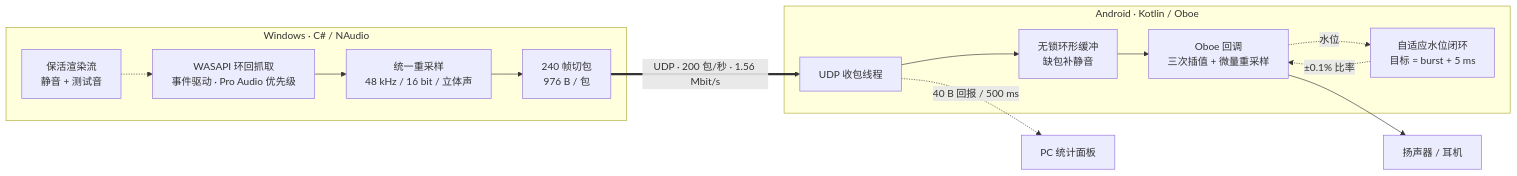
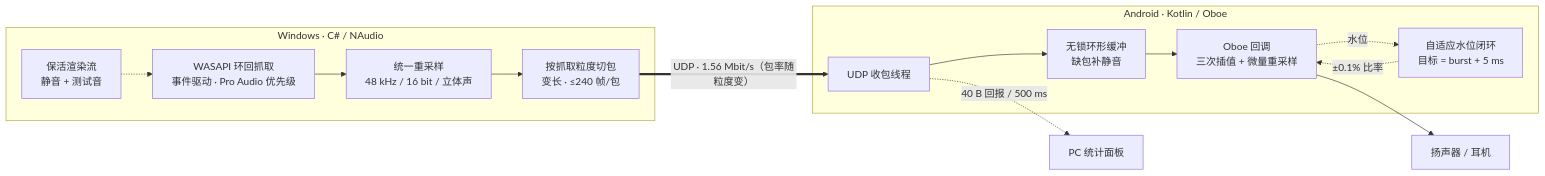
One commit to Creat319/EchoLink changed the diagram in README.md. Above: the diagram before and after it, drawn with Mermaid. The commit also changed other lines of this file and 14 other files, not shown here.

````diff
--- a/README.md
+++ b/README.md
@@ -64,20 +64,20 @@
 ```mermaid
 flowchart LR
     subgraph PC["Windows · C# / NAudio"]
         A["WASAPI 环回抓取<br/>事件驱动 · Pro Audio 优先级"] --> B["统一重采样<br/>48 kHz / 16 bit / 立体声"]
-        B --> C["240 帧切包<br/>976 B / 包"]
+        B --> C["按抓取粒度切包<br/>变长 · ≤240 帧/包"]
         K["保活渲染流<br/>静音 + 测试音"] -.-> A
     end
 
     subgraph PHONE["Android · Kotlin / Oboe"]
         D["UDP 收包线程"] --> E["无锁环形缓冲<br/>缺包补静音"]
         E --> F["Oboe 回调<br/>三次插值 + 微量重采样"]
         H["自适应水位闭环<br/>目标 = burst + 5 ms"]
         H -.->|"±0.1% 比率"| F
     end
 
-    C ==>|"UDP · 200 包/秒 · 1.56 Mbit/s"| D
+    C ==>|"UDP · 1.56 Mbit/s（包率随粒度变）"| D
     F -.->|"水位"| H
     F --> G["扬声器 / 耳机"]
     D -.->|"40 B 回报 / 500 ms"| L["PC 统计面板"]
 ```
````
